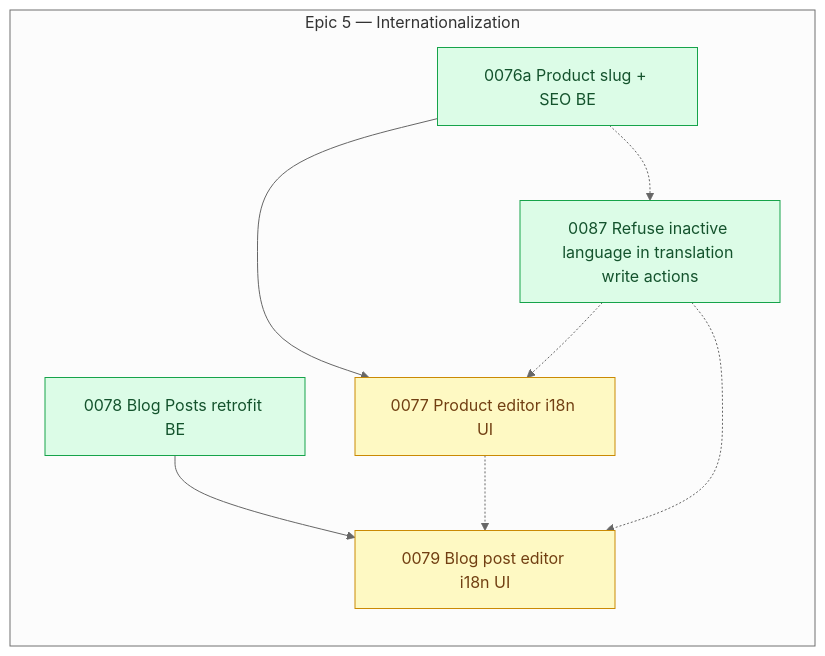
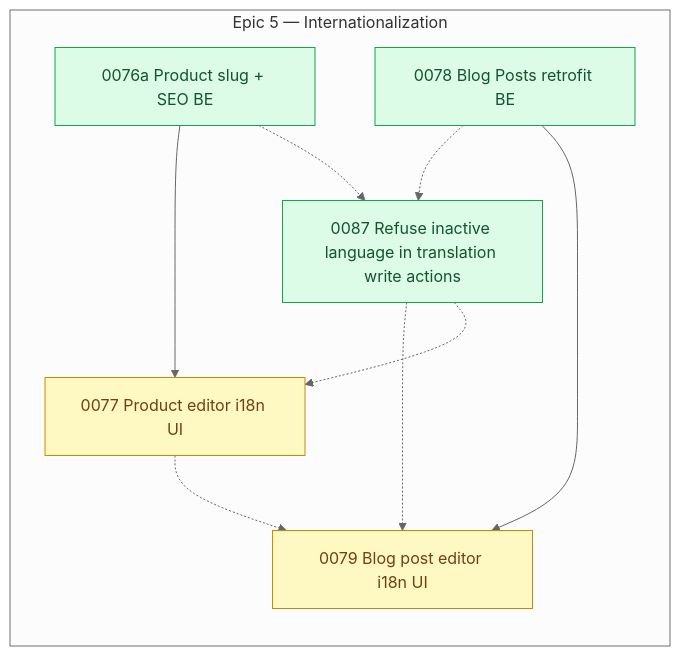
The diagram in arospe/ai-spec/tasks-map.md (shojen/AI4Devs-finalproject), drawn with Mermaid (neutral theme) before and after one commit. The commit also changed other lines of this file and 2 other files, not shown here.

```diff
--- a/arospe/ai-spec/tasks-map.md
+++ b/arospe/ai-spec/tasks-map.md
@@ -629,6 +629,7 @@
     %% (P0076 --> P0076a and P0076 --> P0077 dropped: 0076 closed to done/ 2026-11-07; 0076a is now ready, 0077 stays blocked on 0076a.)
     P0076a --> P0077
     P0076a -.-> P0087
+    P0078 -.-> P0087
     P0078 --> P0079
     P0077 -.-> P0079
     %% (P0082 --> P0083 and P0082 -.-> P0076/P0078 dropped: 0082 is done; 0083 is now ready.)
```
